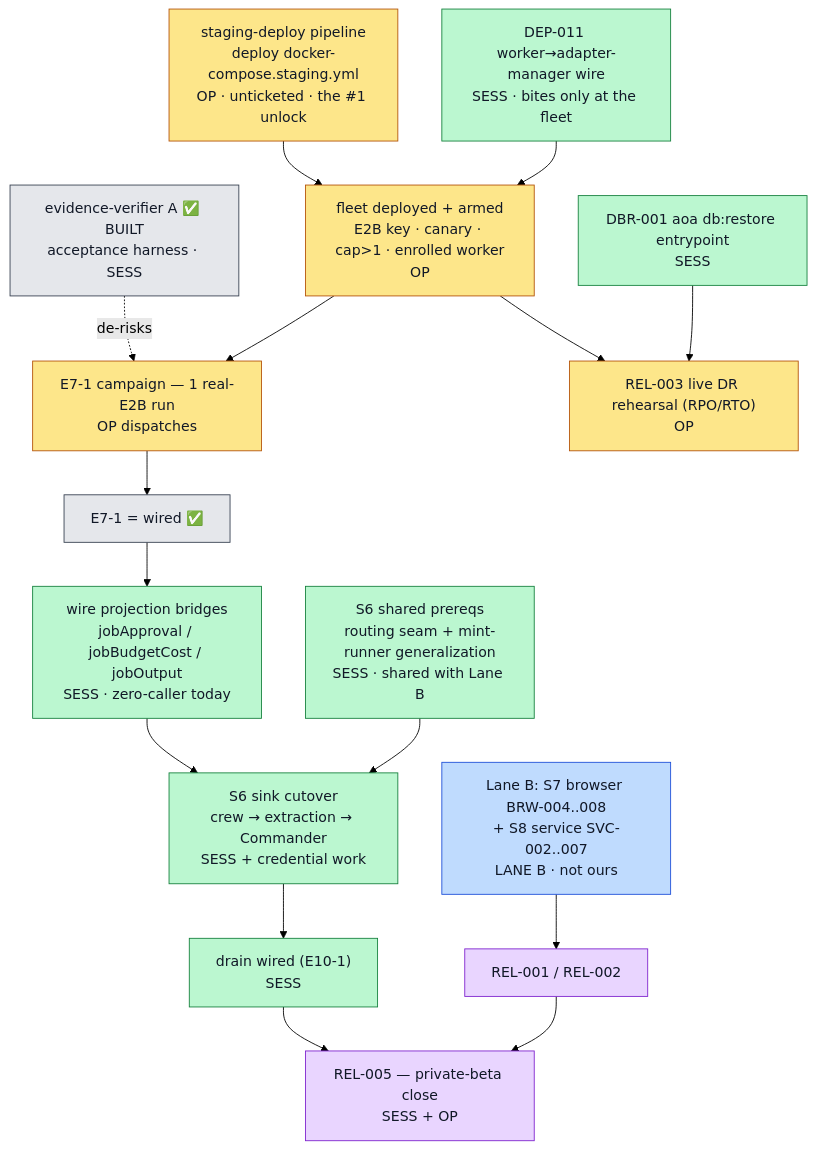
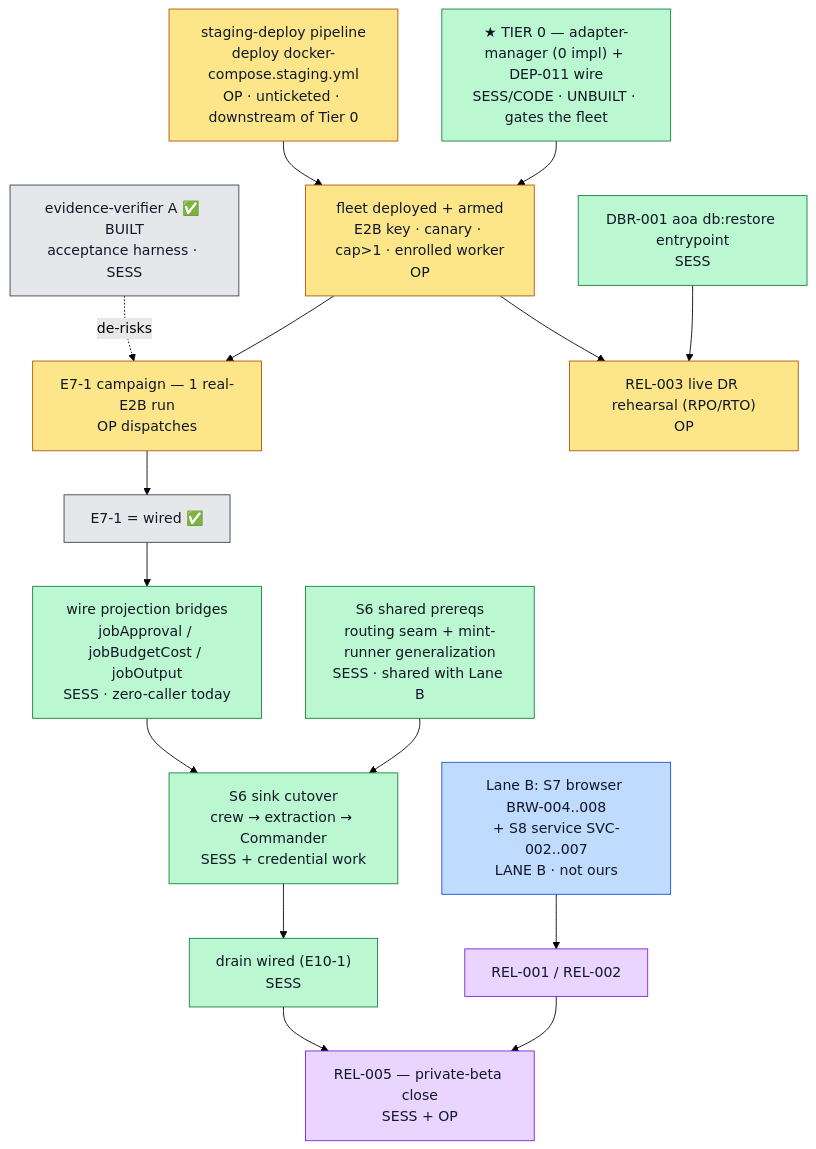
Before and after one commit to MeteoriteLabs/AoA: the diagram in docs/replatform/GO-BOOK.md, drawn with Mermaid (forest theme). The commit also changed other lines of this file, not shown here.

First line of the commit message:
docs(go-book): correct the critical-path model — TIER 0 (unbuilt exec substrate) above C0

````diff
--- a/docs/replatform/GO-BOOK.md
+++ b/docs/replatform/GO-BOOK.md
@@ -121,34 +132,34 @@
 ```mermaid
 flowchart TD
   V["evidence-verifier A ✅ BUILT<br/>acceptance harness · SESS"]:::done
-  C0["staging-deploy pipeline<br/>deploy docker-compose.staging.yml<br/>OP · unticketed · the #1 unlock"]:::op
-  D11["DEP-011 worker→adapter-manager wire<br/>SESS · bites only at the fleet"]:::sess
+  C0["staging-deploy pipeline<br/>deploy docker-compose.staging.yml<br/>OP · unticketed · downstream of Tier 0"]:::op
+  D11["★ TIER 0 — adapter-manager (0 impl) + DEP-011 wire<br/>SESS/CODE · UNBUILT · gates the fleet"]:::sess
   C2["fleet deployed + armed<br/>E2B key · canary · cap&gt;1 · enrolled worker<br/>OP"]:::op
   C3["E7-1 campaign — 1 real-E2B run<br/>OP dispatches"]:::op
   CW["E7-1 = wired ✅"]:::done
   BR["wire projection bridges<br/>jobApproval / jobBudgetCost / jobOutput<br/>SESS · zero-caller today"]:::sess
   RT["S6 shared prereqs<br/>routing seam + mint-runner generalization<br/>SESS · shared with Lane B"]:::sess
   SK["S6 sink cutover<br/>crew → extraction → Commander<br/>SESS + credential work"]:::sess
   DR["drain wired (E10-1)<br/>SESS"]:::sess
   R5["REL-005 — private-beta close<br/>SESS + OP"]:::mix
   LB["Lane B: S7 browser BRW-004..008<br/>+ S8 service SVC-002..007<br/>LANE B · not ours"]:::laneb
   R1["REL-001 / REL-002"]:::mix
   DBR["DBR-001 aoa db:restore entrypoint<br/>SESS"]:::sess
   R3["REL-003 live DR rehearsal (RPO/RTO)<br/>OP"]:::op
 
   V -.->|de-risks| C3
   C0 --> C2
   D11 --> C2
   C2 --> C3 --> CW --> BR --> SK
   RT --> SK
   SK --> DR --> R5
   LB --> R1 --> R5
   DBR --> R3
   C2 --> R3
 
   classDef op fill:#fde68a,stroke:#b45309,color:#111827;
   classDef sess fill:#bbf7d0,stroke:#15803d,color:#111827;
   classDef laneb fill:#bfdbfe,stroke:#1d4ed8,color:#111827;
   classDef done fill:#e5e7eb,stroke:#374151,color:#111827;
   classDef mix fill:#e9d5ff,stroke:#7e22ce,color:#111827;
 ```
````
